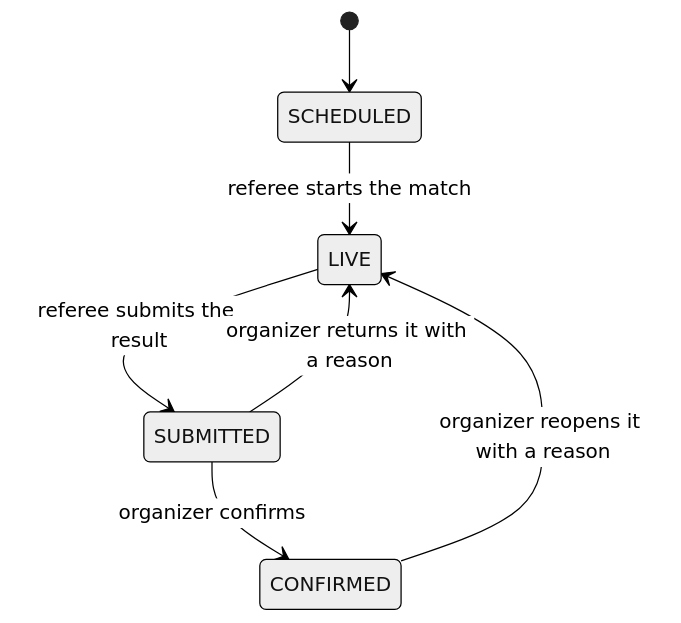
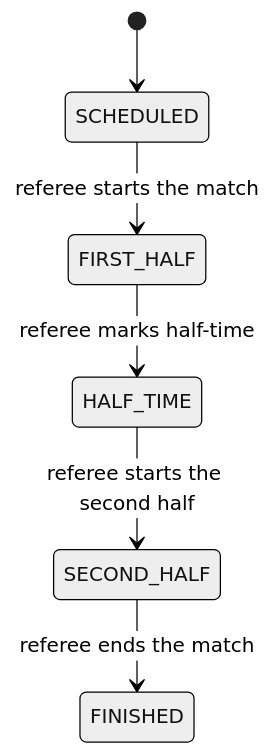
One commit to Abel1829/fixtura changed the second of 2 diagrams in docs/architecture/04-domain-model.md. Above: the diagram before and after it, drawn with Mermaid (neutral theme). The commit also changed other lines of this file, not shown here.

````diff
--- a/docs/architecture/04-domain-model.md
+++ b/docs/architecture/04-domain-model.md
@@ -168,9 +209,8 @@
 ```mermaid
 stateDiagram-v2
   [*] --> SCHEDULED
-  SCHEDULED --> LIVE: referee starts the match
-  LIVE --> SUBMITTED: referee submits the result
-  SUBMITTED --> CONFIRMED: organizer confirms
-  SUBMITTED --> LIVE: organizer returns it with a reason
-  CONFIRMED --> LIVE: organizer reopens it with a reason
+  SCHEDULED --> FIRST_HALF: referee starts the match
+  FIRST_HALF --> HALF_TIME: referee marks half-time
+  HALF_TIME --> SECOND_HALF: referee starts the second half
+  SECOND_HALF --> FINISHED: referee ends the match
 ```
````
